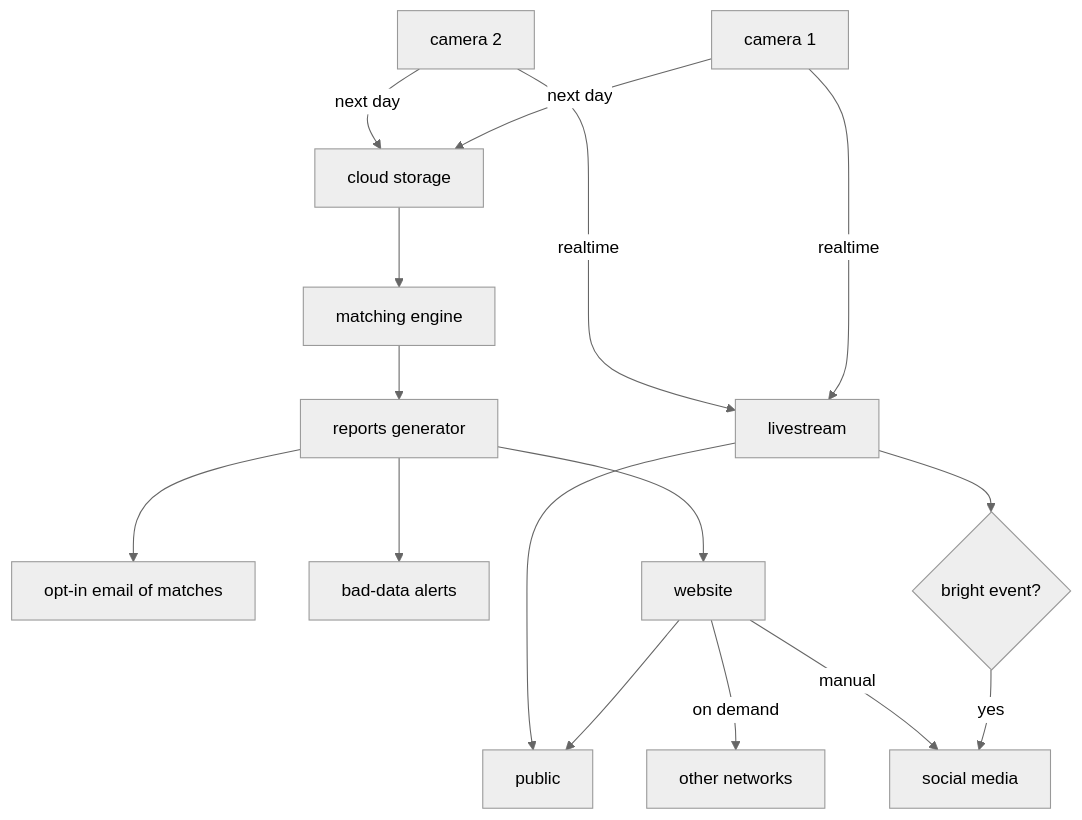
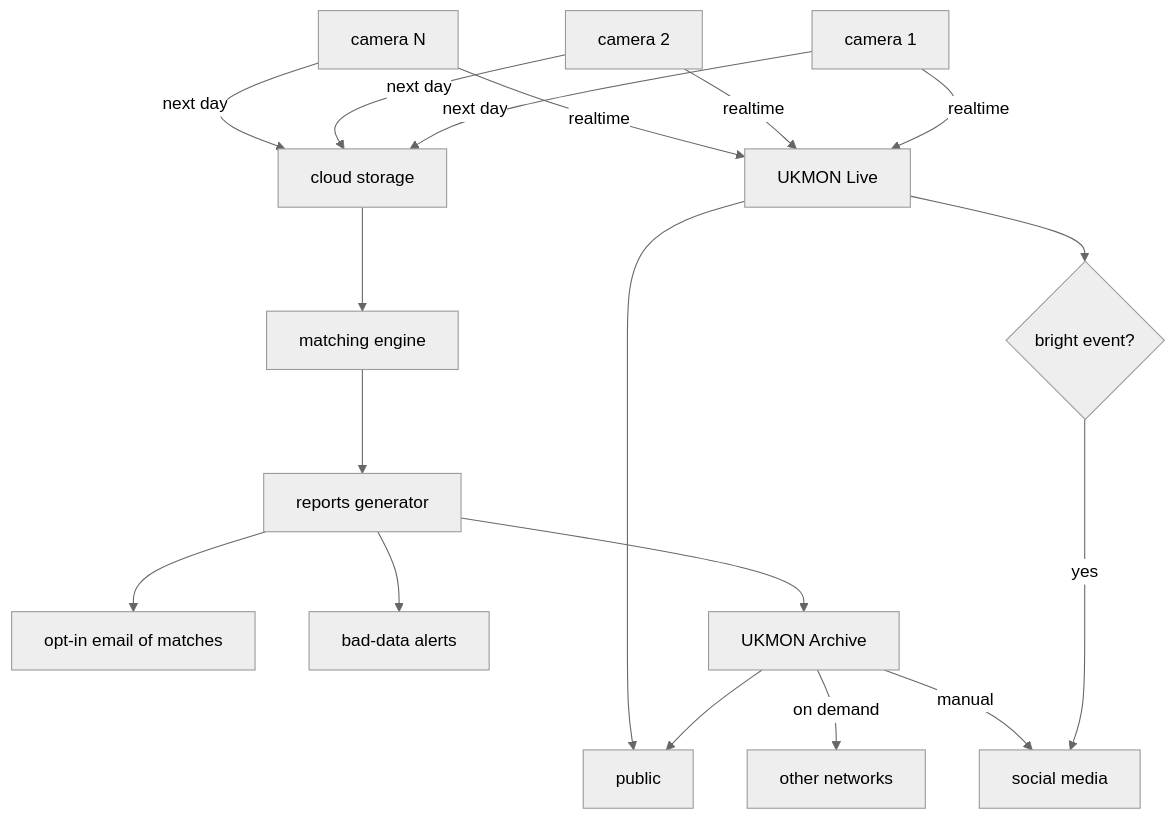
The diagram in archive/README.md (ukmda/ukmda-dataprocessing), drawn with Mermaid (neutral theme) before and after one commit.

````diff
--- a/archive/README.md
+++ b/archive/README.md
@@ -3,18 +3,20 @@
 ```mermaid
     flowchart TD
-    A[camera 1] -- realtime --> C[livestream];
+    A[camera 1] -- realtime --> C[UKMON Live];
     B[camera 2] -- realtime --> C;
+    B1[camera N] -- realtime --> C;
     A -- next day --> D[cloud storage];
     B -- next day --> D;
+    B1 -- next day --> D;
     D --> E[matching engine];
     E --> F[reports generator];
     F --> G[opt-in email of matches];
     F --> I[bad-data alerts];
-    F --> H[website];
+    F --> H[UKMON Archive];
     H -- on demand --> J[other networks];
     H --> M[public];
     C --> M[public];
     C --> N{bright event?};
     N -->|yes| K[social media];
     H -- manual --> K;
 ```
````
